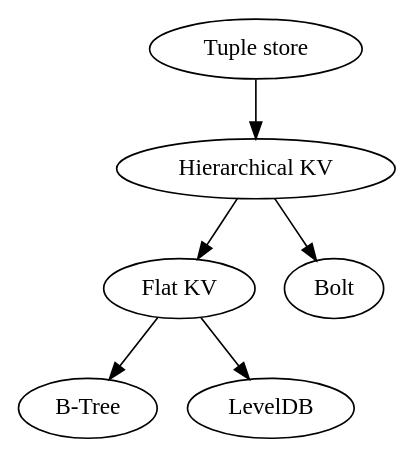
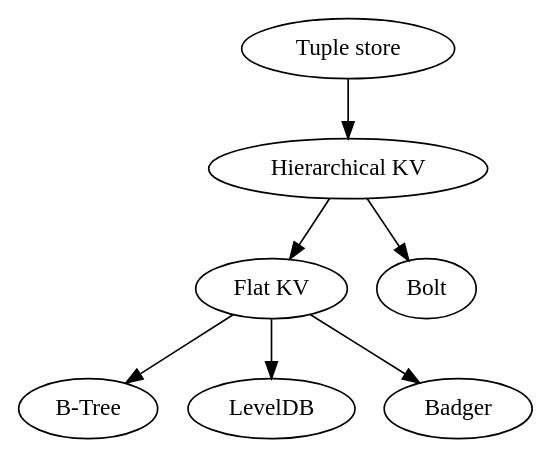
One commit to hidal-go/hidalgo changed the diagram in db-hierarchy.gv. Above: the diagram before and after it, drawn with Graphviz. The commit also changed 9 other files, not shown here.

Commit message:
kv/flat: support Badger

```diff
--- a/db-hierarchy.gv
+++ b/db-hierarchy.gv
@@ -1,15 +1,17 @@
 digraph DBs {
+    flat_kv [label="Flat KV" URL="./docs/kv-flat.md"]
     btree [label="B-Tree"]
+    flat_kv -> btree
     leveldb [label="LevelDB"]
-    flat_kv [label="Flat KV" URL="./docs/kv-flat.md"]
-    flat_kv -> btree
     flat_kv -> leveldb
+    badger [label="Badger"]
+    flat_kv -> badger
 
     hie_kv [label="Hierarchical KV" URL="./docs/kv-hierarchical.md"]
+    hie_kv -> flat_kv
     bolt [label="Bolt"]
     hie_kv -> bolt
-    hie_kv -> flat_kv
 
     strict_tuple [label="Tuple store" URL="./docs/tuple-strict.md"]
     strict_tuple -> hie_kv
 }
```
